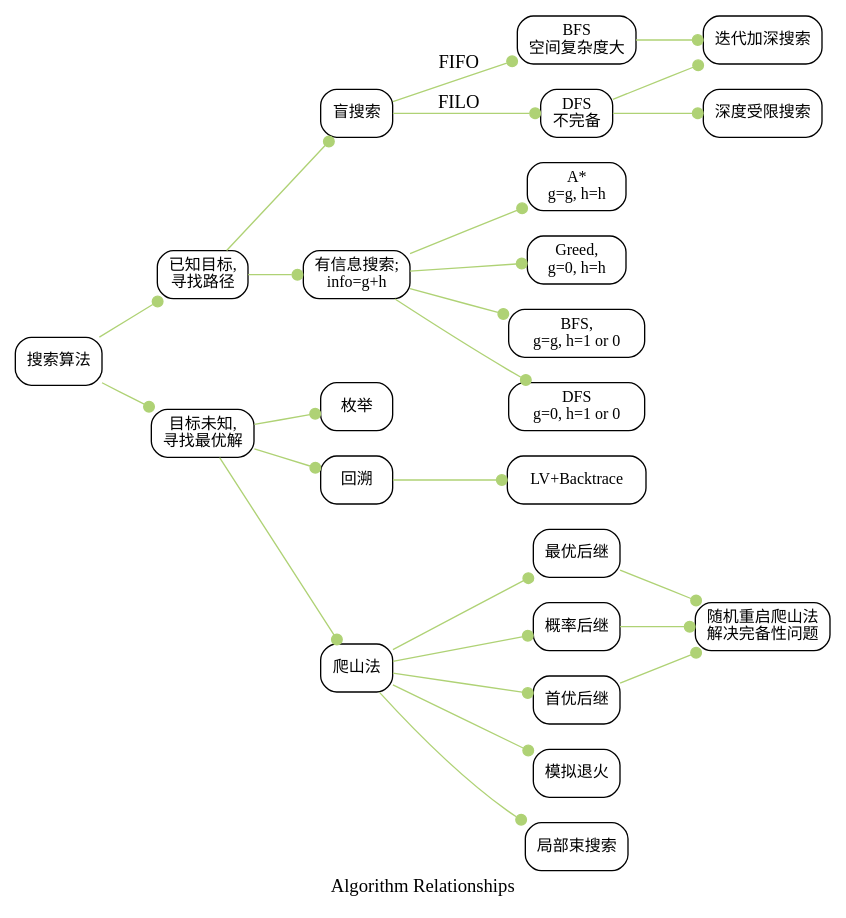
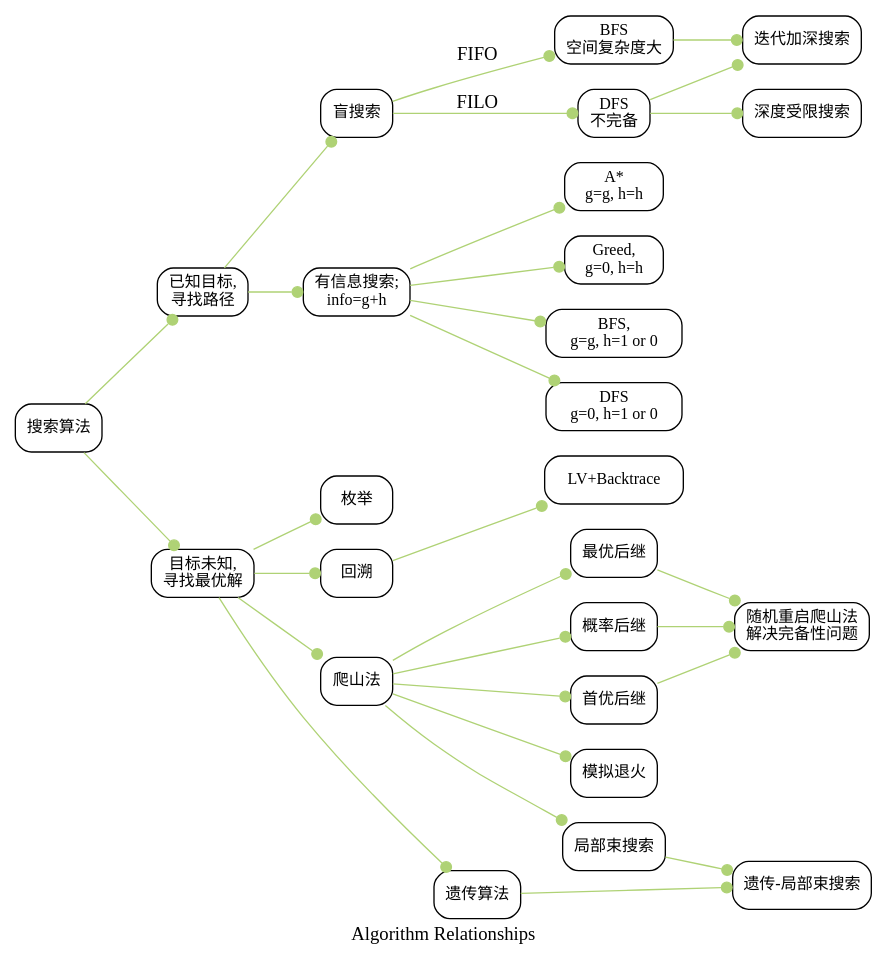
Before and after one commit to foolishflyfox/CsLearnNote: the diagram in AdvancedAI/AlgorithmRelations.md, drawn with Graphviz. The commit also changed 10 other files, not shown here.

````diff
--- a/AdvancedAI/AlgorithmRelations.md
+++ b/AdvancedAI/AlgorithmRelations.md
@@ -10,46 +10,49 @@
 ```dot
 digraph{
     label="Algorithm Relationships"
     rankdir=LR
     node [shape=Mrecord, fontsize=12]
     edge [arrowhead=dot,color="#afd275"]
 
     root [label="搜索算法"]
     search_path [label="已知目标,\n寻找路径"]
     search_aim [label="目标未知,\n寻找最优解"]
     path_blind [label="盲搜索"]
     path_info [label="有信息搜索;\ninfo=g+h"]
     blind_BFS [label="BFS\n空间复杂度大"]
     blind_DFS [label="DFS\n不完备"]
     blind_LimitD [label="深度受限搜索"]
     blind_IDS [label="迭代加深搜索"]
     info_AStar [label="A\*\ng=g, h=h"]
     info_Greed [label="Greed,\ng=0, h=h"]
     info_BFS [label="BFS,\ng=g, h=1 or 0"]
     info_DFS [label="DFS\ng=0, h=1 or 0"]
 
     aim_enum [label="枚举"]
     aim_backtrace [label="回溯"]
     bt_lv [label="LV+Backtrace"]
     aim_climb [label="爬山法"]
     climb_best [label="最优后继"]
     climb_possibility [label="概率后继"]
     climb_first [label="首优后继"]
     climb_reset [label="随机重启爬山法\n解决完备性问题"]
     climb_simu_anneal [label="模拟退火"]
     climb_local_beam [label="局部束搜索"]
+    aim_genetic [label="遗传算法"]
+    genetic_lbs [label="遗传-局部束搜索"]
 
     root->search_path,search_aim
     search_path->path_blind,path_info
     path_blind->blind_BFS[label="FIFO"]
     path_blind->blind_DFS[label="FILO"]
     path_info->info_AStar,info_Greed,info_BFS,info_DFS
     blind_BFS,blind_DFS->blind_IDS
     blind_DFS->blind_LimitD
-    search_aim->aim_enum,aim_backtrace,aim_climb
+    search_aim->aim_enum,aim_backtrace,aim_climb,aim_genetic
     aim_backtrace->bt_lv
     aim_climb->climb_best,climb_possibility,climb_first->climb_reset
     aim_climb->climb_simu_anneal
     aim_climb->climb_local_beam
+    aim_genetic,climb_local_beam->genetic_lbs
 }
 ```
````
